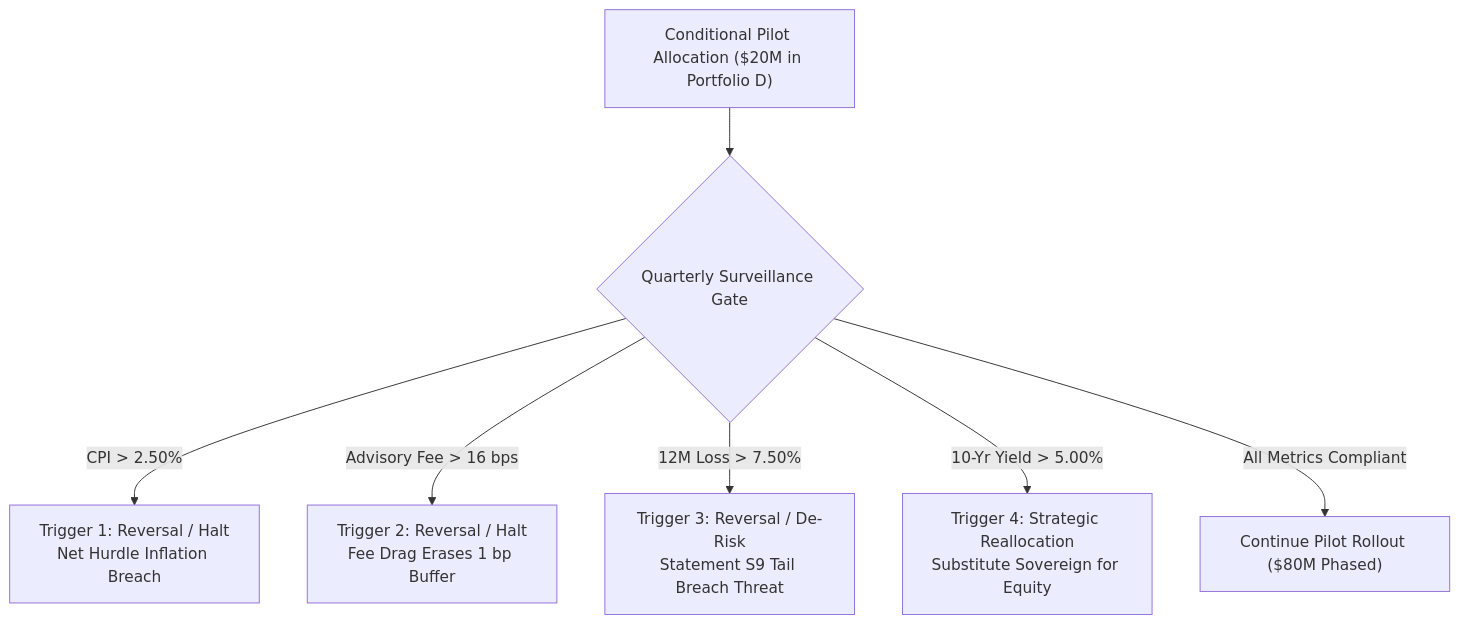
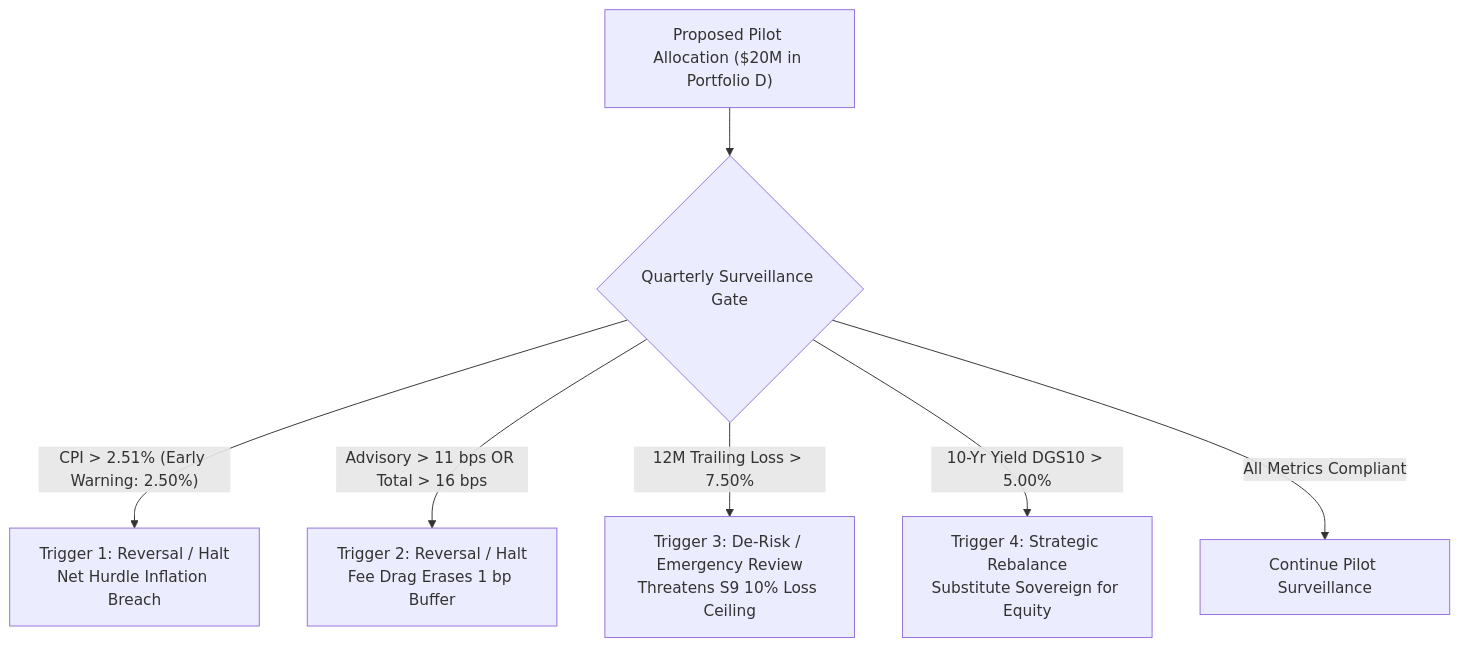
Before and after one commit to river313/Project-2: the diagram in docs/decision-memo.md, drawn with Mermaid. The commit also changed other lines of this file and 4 other files, not shown here.

Commit message:
Apply targeted corrections: fee/inflation triggers, VaR definition, mandate language, and AI disclosure

````diff
--- a/docs/decision-memo.md
+++ b/docs/decision-memo.md
@@ -129,9 +133,9 @@
 ```mermaid
 flowchart TD
-    Start["Conditional Pilot Allocation ($20M in Portfolio D)"] --> Check{"Quarterly Surveillance Gate"}
-    Check -->|"CPI > 2.50%"| T1["Trigger 1: Reversal / Halt<br>Net Hurdle Inflation Breach"]
-    Check -->|"Advisory Fee > 16 bps"| T2["Trigger 2: Reversal / Halt<br>Fee Drag Erases 1 bp Buffer"]
-    Check -->|"12M Loss > 7.50%"| T3["Trigger 3: Reversal / De-Risk<br>Statement S9 Tail Breach Threat"]
-    Check -->|"10-Yr Yield > 5.00%"| T4["Trigger 4: Strategic Reallocation<br>Substitute Sovereign for Equity"]
-    Check -->|"All Metrics Compliant"| Maintain["Continue Pilot Rollout ($80M Phased)"]
+    Start["Proposed Pilot Allocation ($20M in Portfolio D)"] --> Check{"Quarterly Surveillance Gate"}
+    Check -->|"CPI > 2.51% (Early Warning: 2.50%)"| T1["Trigger 1: Reversal / Halt<br>Net Hurdle Inflation Breach"]
+    Check -->|"Advisory > 11 bps OR Total > 16 bps"| T2["Trigger 2: Reversal / Halt<br>Fee Drag Erases 1 bp Buffer"]
+    Check -->|"12M Trailing Loss > 7.50%"| T3["Trigger 3: De-Risk / Emergency Review<br>Threatens S9 10% Loss Ceiling"]
+    Check -->|"10-Yr Yield DGS10 > 5.00%"| T4["Trigger 4: Strategic Rebalance<br>Substitute Sovereign for Equity"]
+    Check -->|"All Metrics Compliant"| Maintain["Continue Pilot Surveillance"]
 ```
````
